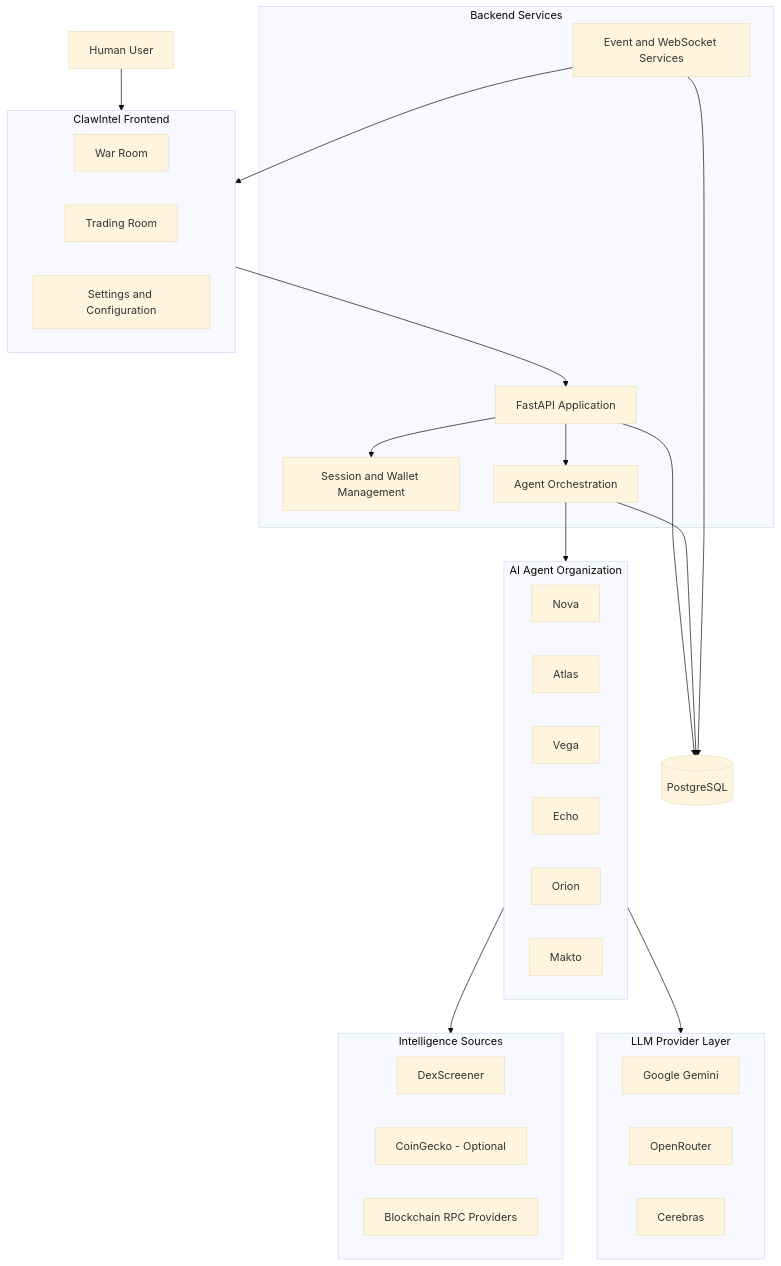
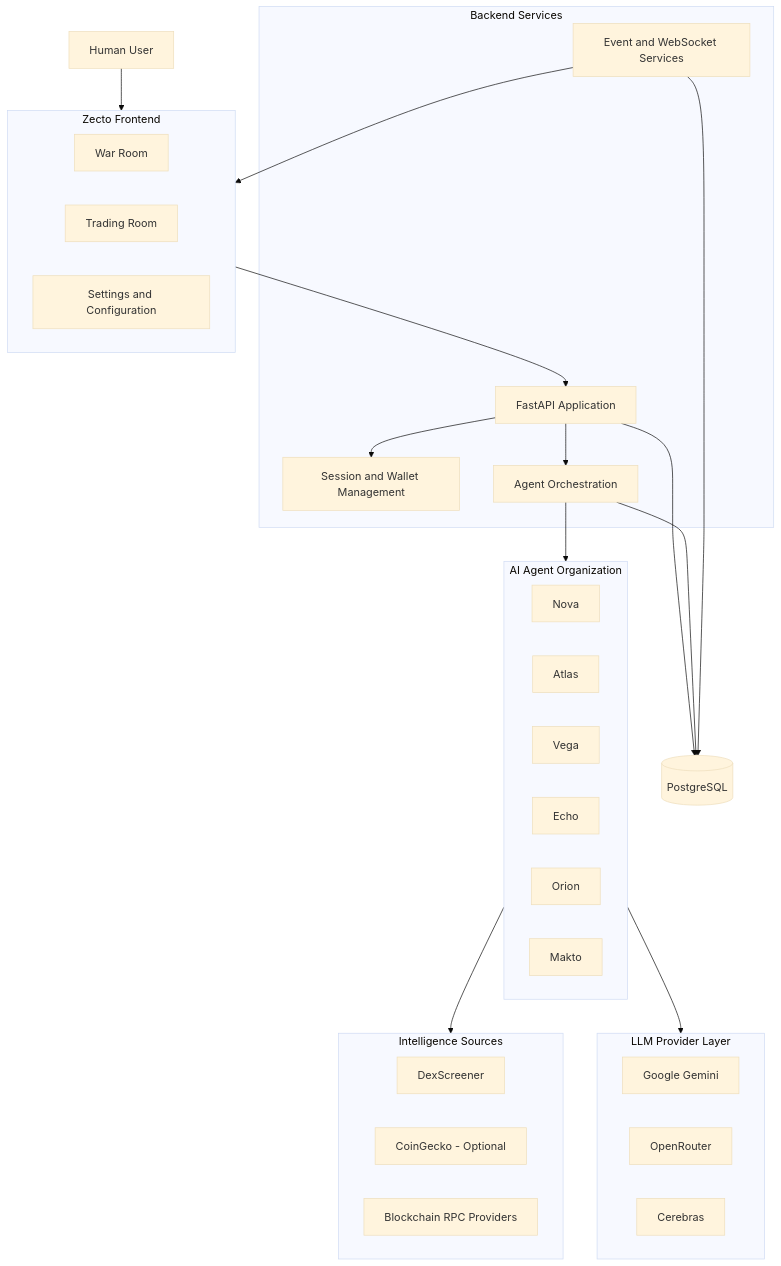
The diagram in Readme.MD (sediq247/Claw-Intel), drawn with Mermaid (base theme) before and after one commit. The commit also changed other lines of this file and 87 other files, not shown here.

````diff
--- a/Readme.MD
+++ b/Readme.MD
@@ -376,55 +376,55 @@
 ```mermaid
 flowchart TD
     USER[Human User]
 
-    subgraph FRONTEND["ClawIntel Frontend"]
+    subgraph FRONTEND["Zecto Frontend"]
         WAR[War Room]
         TRADE[Trading Room]
         SETTINGS[Settings and Configuration]
     end
 
     subgraph BACKEND["Backend Services"]
         API[FastAPI Application]
         SESSION[Session and Wallet Management]
         ORCH[Agent Orchestration]
         EVENTS[Event and WebSocket Services]
     end
 
     subgraph AGENTS["AI Agent Organization"]
         NOVA[Nova]
         ATLAS[Atlas]
         VEGA[Vega]
         ECHO[Echo]
         ORION[Orion]
         MAKTO[Makto]
     end
 
     subgraph DATA["Intelligence Sources"]
         DEX[DexScreener]
         CG[CoinGecko - Optional]
         RPC[Blockchain RPC Providers]
     end
 
     subgraph AI["LLM Provider Layer"]
         GEMINI[Google Gemini]
         OPENROUTER[OpenRouter]
         CEREBRAS[Cerebras]
     end
 
     DB[(PostgreSQL)]
 
     USER --> FRONTEND
     FRONTEND --> API
     API --> SESSION
     API --> ORCH
 
     ORCH --> AGENTS
 
     AGENTS --> DATA
     AGENTS --> AI
 
     API --> DB
     ORCH --> DB
     EVENTS --> DB
     EVENTS --> FRONTEND
 ```
````
